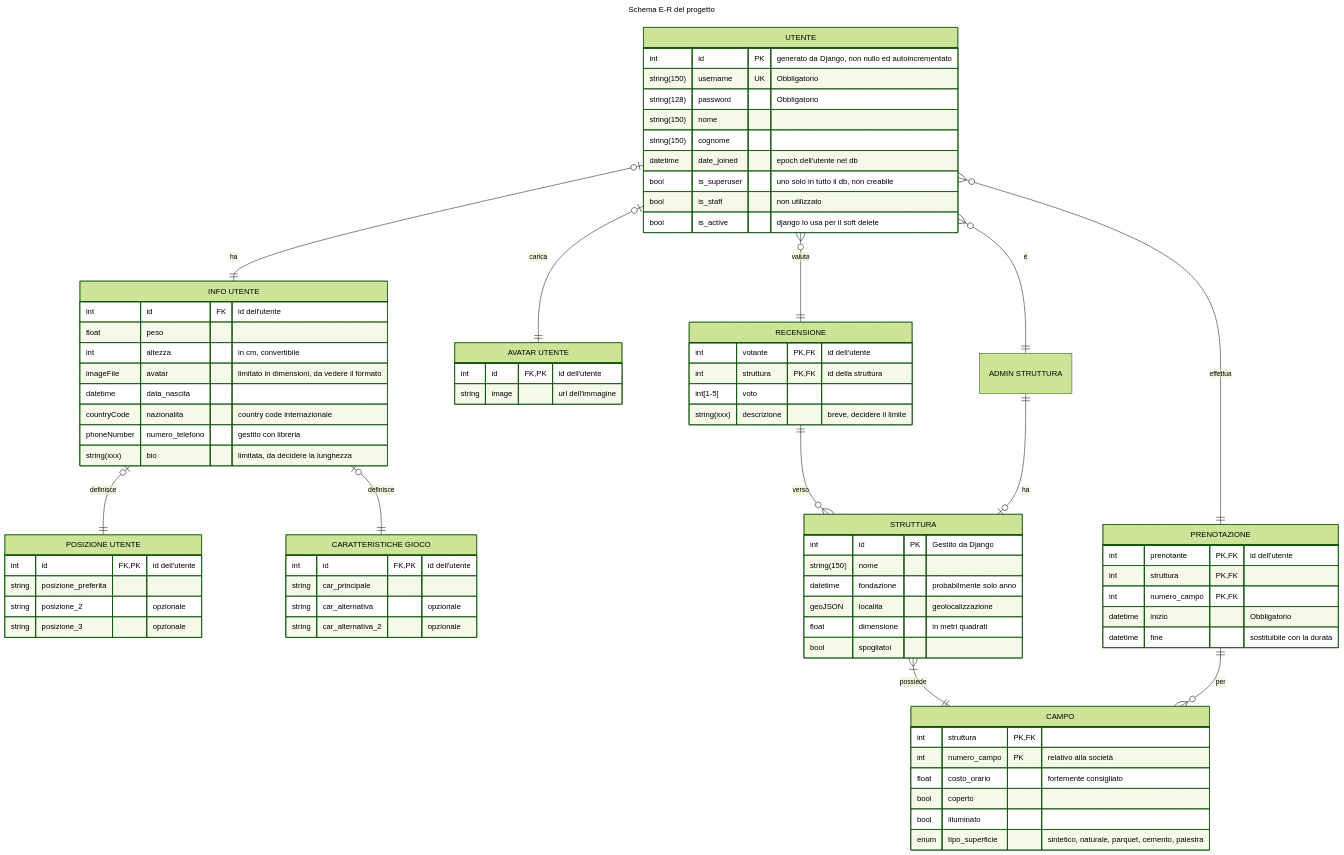
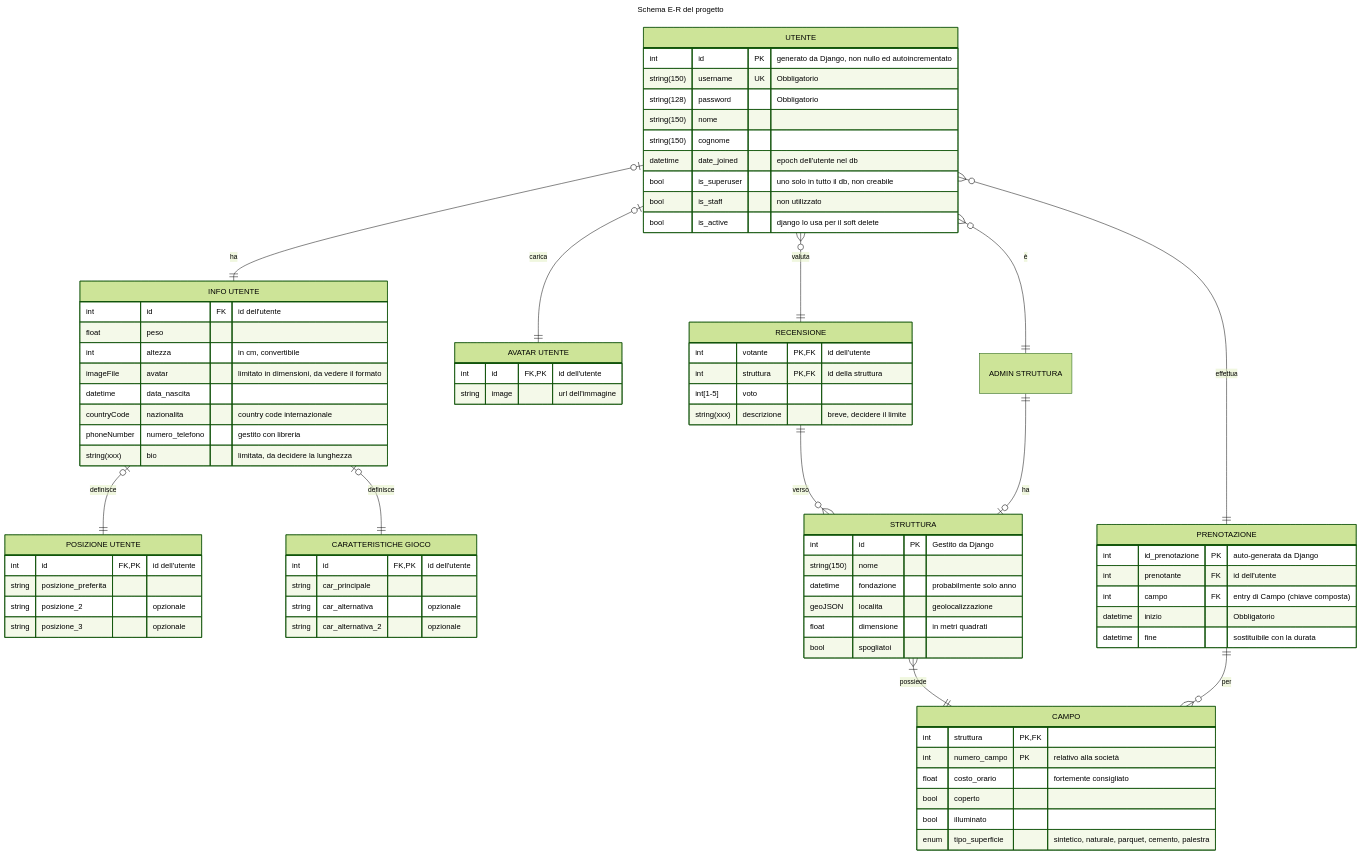
The diagram in docs/schemi.mmd (bergonzinifrancesco/backendTC), drawn with Mermaid (forest theme) before and after one commit. The commit also changed 2 other files, not shown here.

Commit message:
Update Prenotazione schema

```diff
--- a/docs/schemi.mmd
+++ b/docs/schemi.mmd
@@ -1,97 +1,97 @@
 ---
 title: Schema E-R del progetto
 ---
 erDiagram
     UTENTE {
         int id PK "generato da Django, non nullo ed autoincrementato"
         string(150) username UK "Obbligatorio"
         string(128) password "Obbligatorio"
         string(150) nome
         string(150) cognome
         datetime date_joined "epoch dell'utente nel db"
         bool is_superuser "uno solo in tutto il db, non creabile"
         bool is_staff "non utilizzato" 
         bool is_active "django lo usa per il soft delete"
     }
 
     UTENTE o|--|| "INFO UTENTE" : "ha"
 
     "INFO UTENTE" {
         int id FK "id dell'utente"
         float peso
         int altezza "in cm, convertibile"
         imageFile avatar "limitato in dimensioni, da vedere il formato"
         datetime data_nascita
         countryCode nazionalita "country code internazionale"
         phoneNumber numero_telefono "gestito con libreria"
         string(xxx) bio "limitata, da decidere la lunghezza"
     }
     
     UTENTE o|--|| "AVATAR UTENTE" : "carica"
 
     "AVATAR UTENTE" {
         int id FK,PK "id dell'utente"
         string image "url dell'immagine"
     }
 
     "INFO UTENTE" o|--|| "POSIZIONE UTENTE" : "definisce"
 
     "POSIZIONE UTENTE" {
         int id FK,PK "id dell'utente"
         string posizione_preferita
         string posizione_2 "opzionale"
         string posizione_3 "opzionale"
     }
 
     "INFO UTENTE" o|--|| "CARATTERISTICHE GIOCO" : "definisce"
 
     "CARATTERISTICHE GIOCO" {
         int id FK,PK "id dell'utente"
         string car_principale
         string car_alternativa "opzionale"
         string car_alternativa_2 "opzionale"
     }
 
     STRUTTURA {
         int id PK "Gestito da Django"
         string(150) nome
         datetime fondazione "probabilmente solo anno"
         geoJSON localita "geolocalizzazione"
         float dimensione "in metri quadrati"
         bool spogliatoi
     }
 
     STRUTTURA |{--|| CAMPO : "possiede"
 
     CAMPO {
         int struttura PK, FK
         int numero_campo PK "relativo alla società"
         float costo_orario "fortemente consigliato"
         bool coperto
         bool illuminato
         enum tipo_superficie "sintetico, naturale, parquet, cemento, palestra"
     }
 
     PRENOTAZIONE ||--}o CAMPO : "per"
     UTENTE o{--|| PRENOTAZIONE : "effettua"
 
     PRENOTAZIONE {
-        int prenotante PK,FK "id dell'utente"
-        int struttura PK,FK
-        int numero_campo PK,FK
+        int id_prenotazione PK "auto-generata da Django"
+        int prenotante FK "id dell'utente"
+        int campo FK "entry di Campo (chiave composta)"
         datetime inizio "Obbligatorio"
         datetime fine "sostituibile con la durata"
     }
 
     UTENTE o{--|| RECENSIONE : "valuta"
     RECENSIONE ||--}o STRUTTURA : "verso"
 
     RECENSIONE {
         int votante PK,FK "id dell'utente"
         int struttura PK,FK "id della struttura"
         int[1-5] voto
         string(xxx) descrizione "breve, decidere il limite"
     }
 
     UTENTE o{--|| "ADMIN STRUTTURA" : "è"
     "ADMIN STRUTTURA" ||--o| STRUTTURA : "ha"
```
